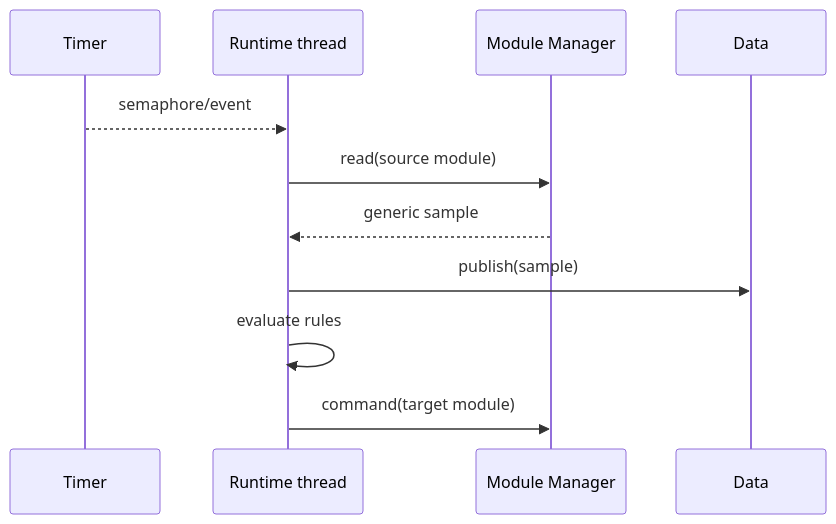
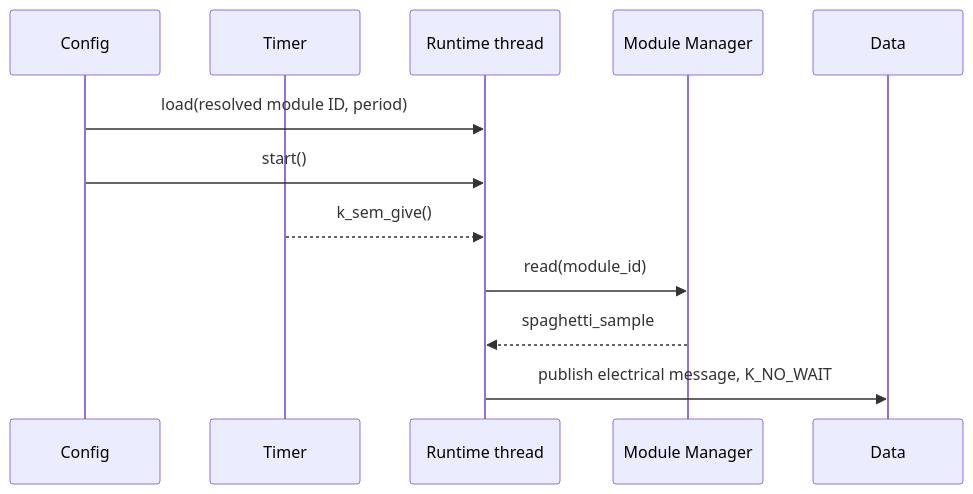
Before and after one commit to andreapiccini/SpaghettiLAB: the diagram in Firmware/core/subsys/runtime/README.md, drawn with Mermaid. The commit also changed other lines of this file and 21 other files, not shown here.

````diff
--- a/Firmware/core/subsys/runtime/README.md
+++ b/Firmware/core/subsys/runtime/README.md
@@ -149,13 +55,14 @@
 ```mermaid
 sequenceDiagram
+    participant Config
     participant Timer
     participant Runtime as Runtime thread
     participant Manager as Module Manager
     participant Data
-    Timer-->>Runtime: semaphore/event
-    Runtime->>Manager: read(source module)
-    Manager-->>Runtime: generic sample
-    Runtime->>Data: publish(sample)
-    Runtime->>Runtime: evaluate rules
-    Runtime->>Manager: command(target module)
+    Config->>Runtime: load(resolved module ID, period)
+    Config->>Runtime: start()
+    Timer-->>Runtime: k_sem_give()
+    Runtime->>Manager: read(module_id)
+    Manager-->>Runtime: spaghetti_sample
+    Runtime->>Data: publish electrical message, K_NO_WAIT
 ```
````
